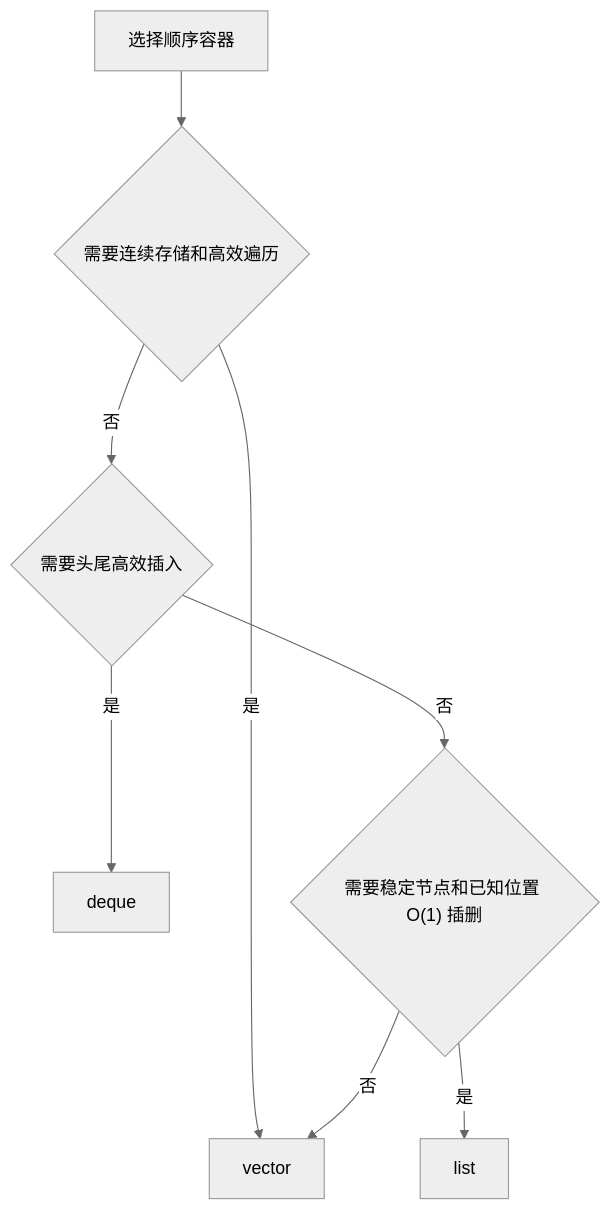
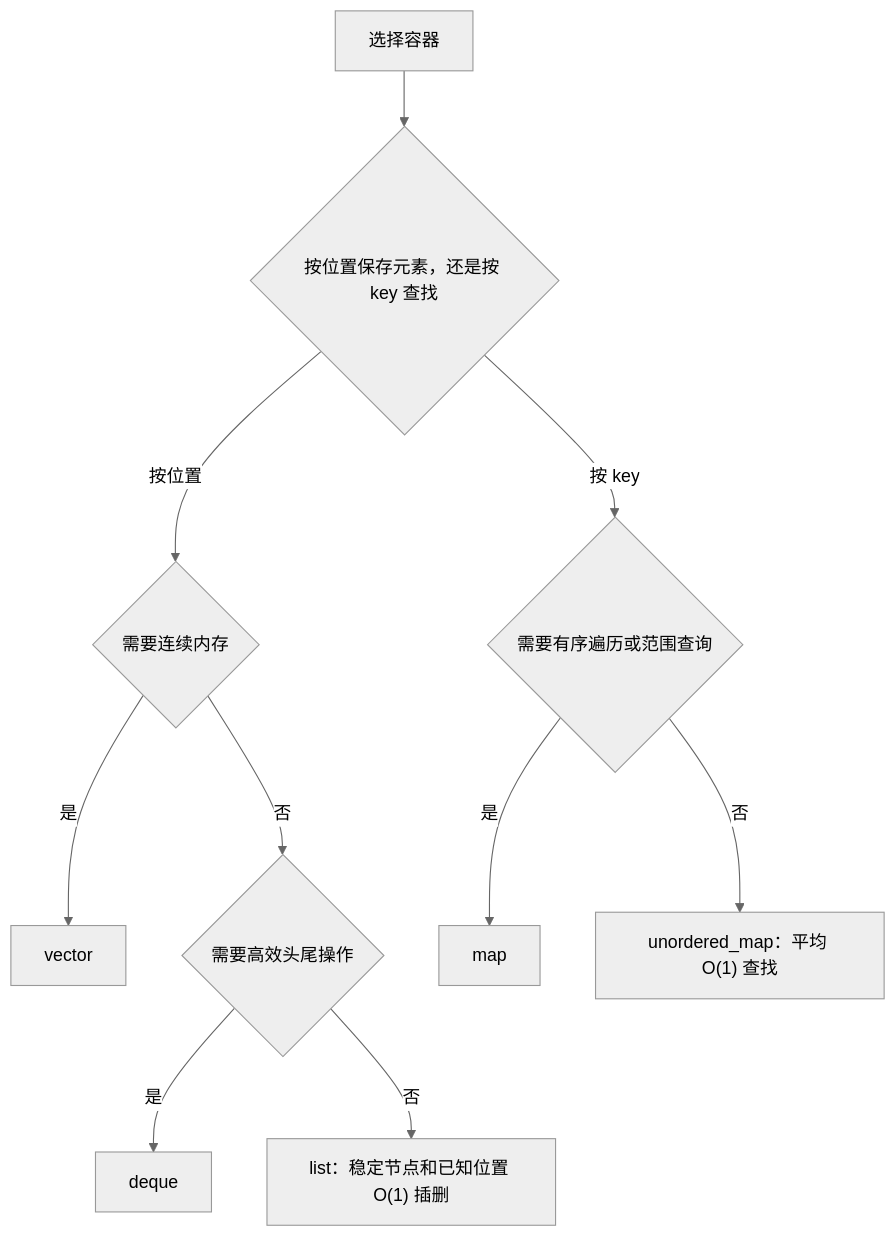
Diagram 11 of 25 in blog/cpp_review.md (Fizgrad/fizgrad.github.io), drawn with Mermaid (neutral theme) before and after one commit. The commit also changed other lines of this file and 31 other files, not shown here.

````diff
--- a/blog/cpp_review.md
+++ b/blog/cpp_review.md
@@ -2200,10 +2849,12 @@
 ```mermaid
 flowchart TD
-    A["选择顺序容器"] --> B{"需要连续存储和高效遍历"}
-    B -->|是| C["vector"]
-    B -->|否| D{"需要头尾高效插入"}
-    D -->|是| E["deque"]
-    D -->|否| F{"需要稳定节点和已知位置 O(1) 插删"}
-    F -->|是| G["list"]
-    F -->|否| C
+    A["选择容器"] --> B{"按位置保存元素，还是按 key 查找"}
+    B -->|按位置| C{"需要连续内存"}
+    C -->|是| V["vector"]
+    C -->|否| D{"需要高效头尾操作"}
+    D -->|是| Q["deque"]
+    D -->|否| L["list：稳定节点和已知位置 O(1) 插删"]
+    B -->|按 key| K{"需要有序遍历或范围查询"}
+    K -->|是| M["map"]
+    K -->|否| U["unordered_map：平均 O(1) 查找"]
 ```
````
